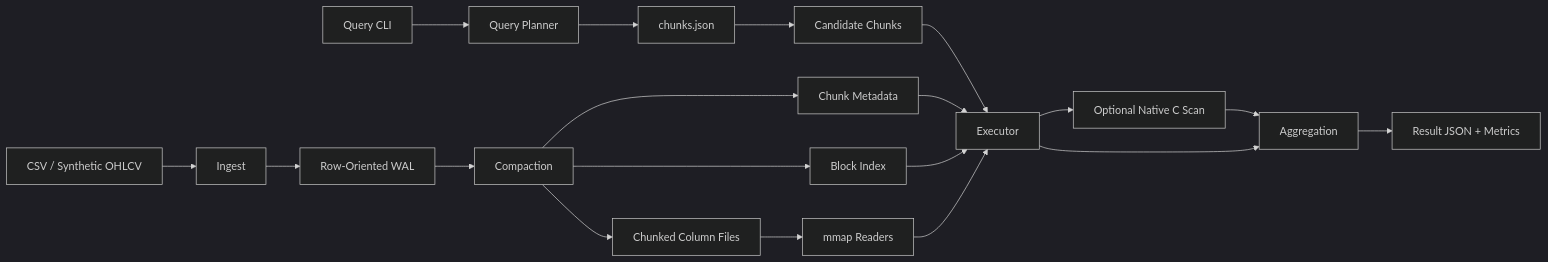
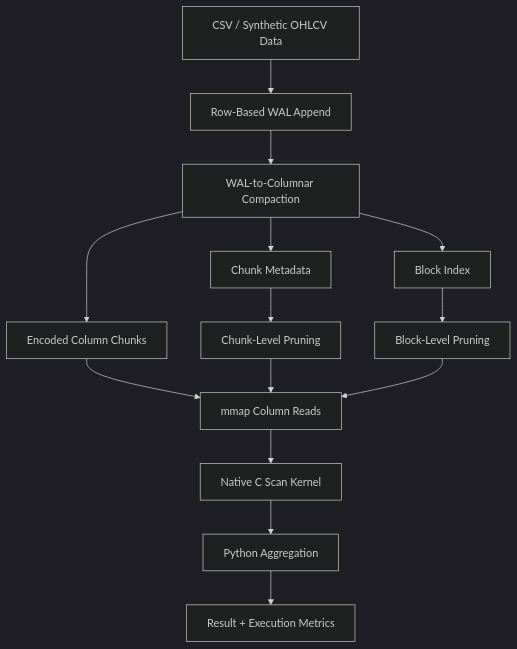
The diagram in README.md (pitaleabhishek/tickdb), drawn with Mermaid (dark theme) before and after one commit. The commit also changed other lines of this file, not shown here.

Commit message:
Rewrite README around architecture and benchmarks

````diff
--- a/README.md
+++ b/README.md
@@ -43,22 +25,16 @@
 ```mermaid
-flowchart LR
-    CSV[CSV / Synthetic OHLCV] --> INGEST[Ingest]
-    INGEST --> WAL[Row-Oriented WAL]
-    WAL --> COMPACT[Compaction]
-    COMPACT --> CHUNKS[Chunked Column Files]
-    COMPACT --> CHMETA[Chunk Metadata]
-    COMPACT --> BLMETA[Block Index]
-
-    QUERY[Query CLI] --> PLAN[Query Planner]
-    PLAN --> MANIFEST[chunks.json]
-    MANIFEST --> CANDIDATES[Candidate Chunks]
-    CANDIDATES --> EXEC[Executor]
-    CHMETA --> EXEC
-    BLMETA --> EXEC
-    CHUNKS --> READERS[mmap Readers]
-    READERS --> EXEC
-    EXEC --> NATIVE[Optional Native C Scan]
-    NATIVE --> AGG[Aggregation]
-    EXEC --> AGG
-    AGG --> RESULT[Result JSON + Metrics]
+flowchart TD
+    A[CSV / Synthetic OHLCV Data] --> B[Row-Based WAL Append]
+    B --> C[WAL-to-Columnar Compaction]
+    C --> D[Encoded Column Chunks]
+    C --> E[Chunk Metadata]
+    C --> F[Block Index]
+    E --> G[Chunk-Level Pruning]
+    F --> H[Block-Level Pruning]
+    D --> I[mmap Column Reads]
+    G --> I
+    H --> I
+    I --> J[Native C Scan Kernel]
+    J --> K[Python Aggregation]
+    K --> L[Result + Execution Metrics]
 ```
````
